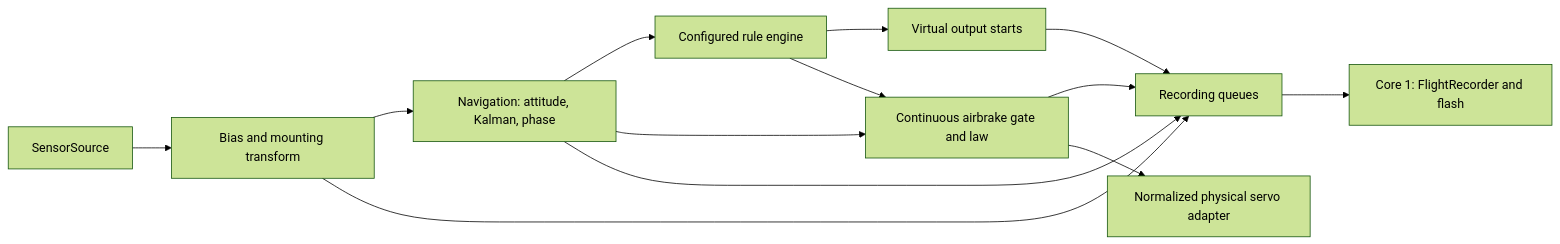
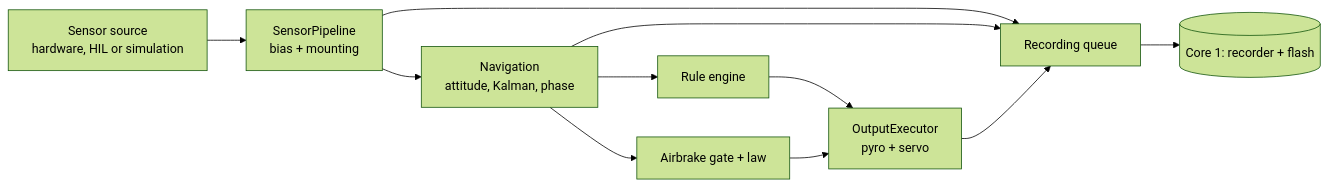
The diagram in docs/technical/ARCHITECTURE.md (rotellini9809/perpetual_code), drawn with Mermaid (forest theme) before and after one commit. The commit also changed other lines of this file and 52 other files, not shown here.

````diff
--- a/docs/technical/ARCHITECTURE.md
+++ b/docs/technical/ARCHITECTURE.md
@@ -27,15 +26,13 @@
 ```mermaid
 flowchart LR
-    S[SensorSource] --> P[Bias and mounting transform]
-    P --> N[Navigation: attitude, Kalman, phase]
-    N --> R[Configured rule engine]
-    R --> V[Virtual output starts]
-    N --> A[Continuous airbrake gate and law]
-    R --> A
-    A --> Q
-    A --> E[Normalized physical servo adapter]
-    P --> Q[Recording queues]
+    S["Sensor source<br>hardware, HIL or simulation"] --> P["SensorPipeline<br>bias + mounting"]
+    P --> N["Navigation<br>attitude, Kalman, phase"]
+    N --> R["Rule engine"]
+    N --> A["Airbrake gate + law"]
+    R --> O["OutputExecutor<br>pyro + servo"]
+    A --> O
+    P --> Q["Recording queue"]
     N --> Q
-    V --> Q
-    Q --> F[Core 1: FlightRecorder and flash]
+    O --> Q
+    Q --> F[("Core 1: recorder + flash")]
 ```
````
